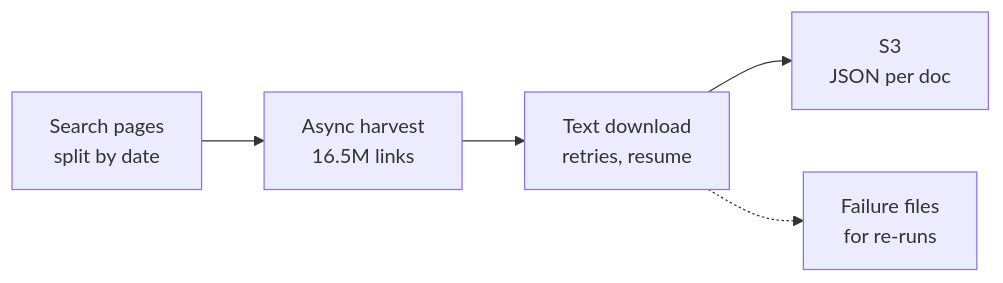
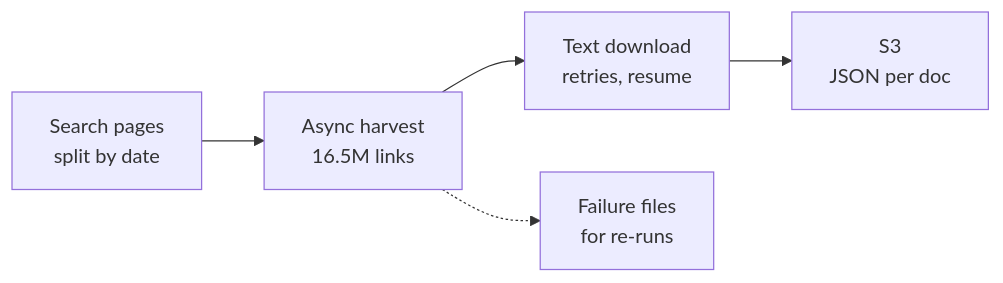
The fourth of 6 diagrams in README.md (krishnapriyarajeev/krishnapriyarajeev), drawn with Mermaid before and after one commit. The commit also changed other lines of this file, not shown here.

Commit message:
Keep diagram corners clear of GitHub's zoom buttons

````diff
--- a/README.md
+++ b/README.md
@@ -81,7 +85,7 @@
   ```mermaid
   flowchart LR
       l1["Search pages<br/>split by date"] --> l2["Async harvest<br/>16.5M links"]
       l2 --> l3["Text download<br/>retries, resume"]
+      l2 -.-> l5["Failure files<br/>for re-runs"]
       l3 --> l4["S3<br/>JSON per doc"]
-      l3 -.-> l5["Failure files<br/>for re-runs"]
   ```
````
